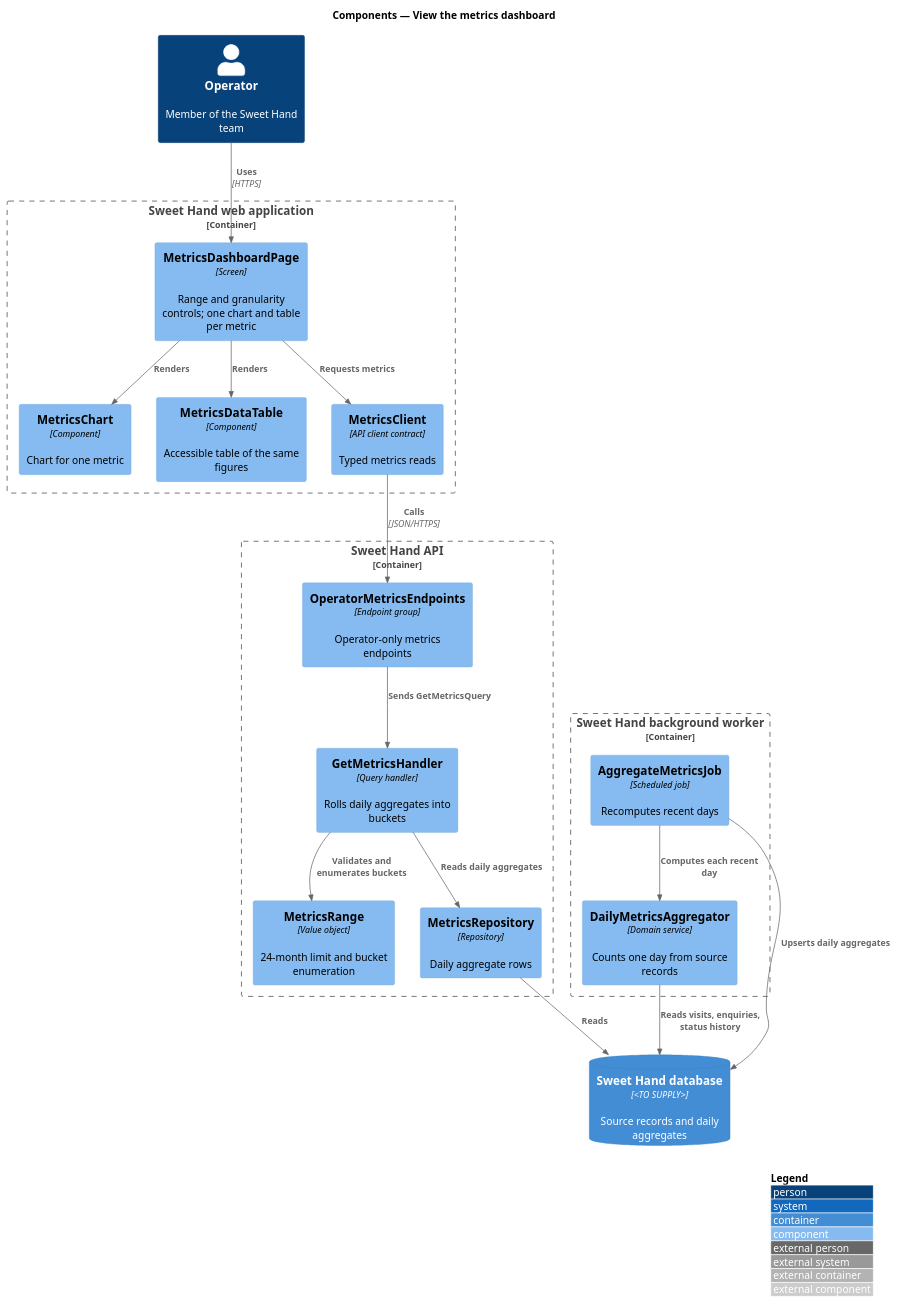
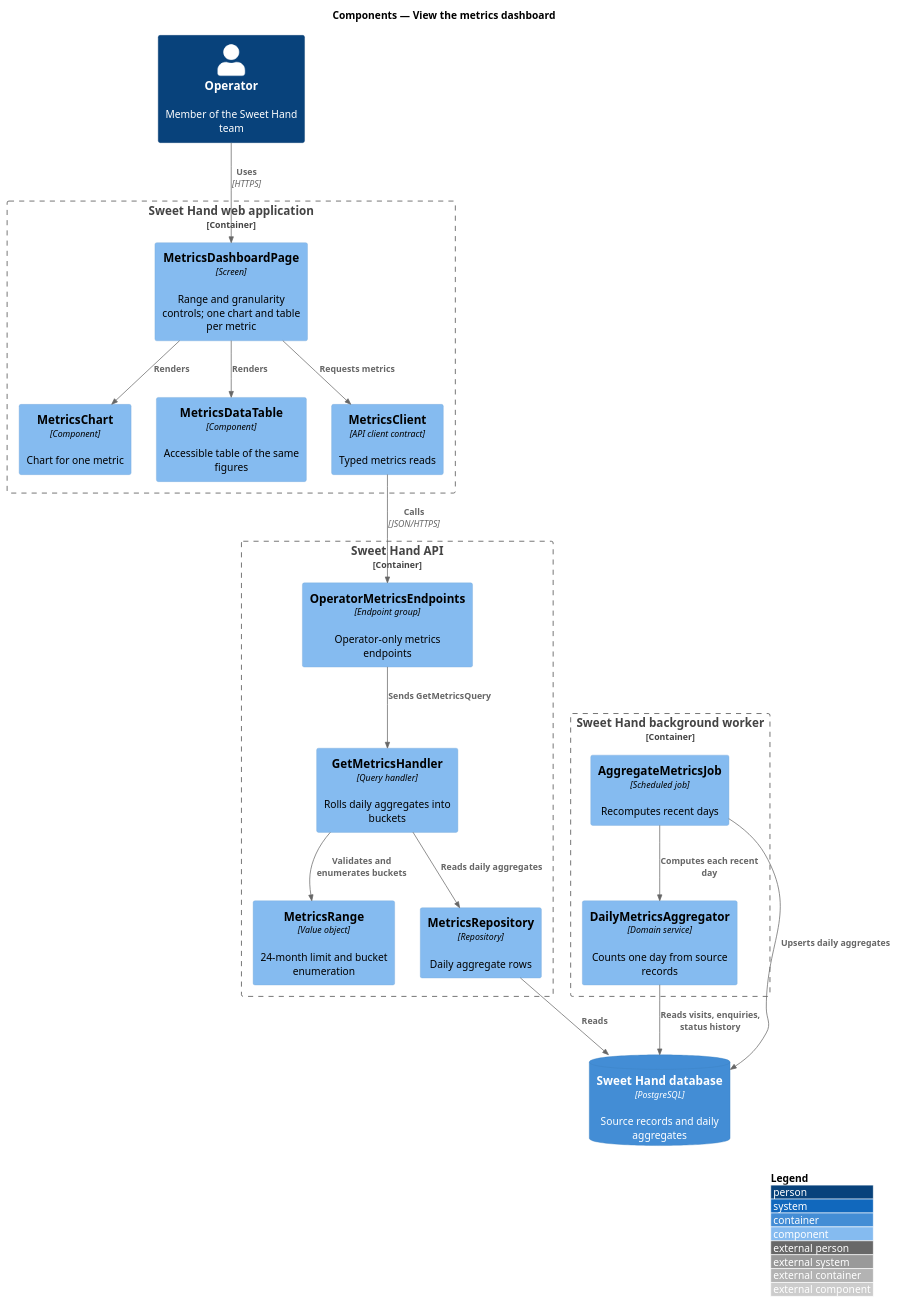
One commit to QuinntyneBrown/sweet-hand changed the diagram in docs/detailed-designs/metrics/view-metrics-dashboard/diagrams/c4-component.puml. Above: the diagram before and after it, drawn with PlantUML. The commit also changed 14 other files, not shown here.

```diff
--- a/docs/detailed-designs/metrics/view-metrics-dashboard/diagrams/c4-component.puml
+++ b/docs/detailed-designs/metrics/view-metrics-dashboard/diagrams/c4-component.puml
@@ -1,40 +1,40 @@
 @startuml
 !include <C4/C4_Component>
 LAYOUT_WITH_LEGEND()
 title Components — View the metrics dashboard
 
 Person(operator, "Operator", "Member of the Sweet Hand team")
 
 Container_Boundary(web, "Sweet Hand web application") {
   Component(page, "MetricsDashboardPage", "Screen", "Range and granularity controls; one chart and table per metric")
   Component(chart, "MetricsChart", "Component", "Chart for one metric")
   Component(table, "MetricsDataTable", "Component", "Accessible table of the same figures")
   Component(client, "MetricsClient", "API client contract", "Typed metrics reads")
 }
 
 Container_Boundary(api, "Sweet Hand API") {
   Component(endpoints, "OperatorMetricsEndpoints", "Endpoint group", "Operator-only metrics endpoints")
   Component(handler, "GetMetricsHandler", "Query handler", "Rolls daily aggregates into buckets")
   Component(range, "MetricsRange", "Value object", "24-month limit and bucket enumeration")
   Component(metricsRepo, "MetricsRepository", "Repository", "Daily aggregate rows")
 }
 
 Container_Boundary(worker, "Sweet Hand background worker") {
   Component(job, "AggregateMetricsJob", "Scheduled job", "Recomputes recent days")
   Component(aggregator, "DailyMetricsAggregator", "Domain service", "Counts one day from source records")
 }
-ContainerDb(db, "Sweet Hand database", "<TO SUPPLY>", "Source records and daily aggregates")
+ContainerDb(db, "Sweet Hand database", "PostgreSQL", "Source records and daily aggregates")
 
 Rel(operator, page, "Uses", "HTTPS")
 Rel(page, chart, "Renders")
 Rel(page, table, "Renders")
 Rel(page, client, "Requests metrics")
 Rel(client, endpoints, "Calls", "JSON/HTTPS")
 Rel(endpoints, handler, "Sends GetMetricsQuery")
 Rel(handler, range, "Validates and enumerates buckets")
 Rel(handler, metricsRepo, "Reads daily aggregates")
 Rel(metricsRepo, db, "Reads")
 Rel(job, aggregator, "Computes each recent day")
 Rel(aggregator, db, "Reads visits, enquiries, status history")
 Rel(job, db, "Upserts daily aggregates")
 @enduml
```
